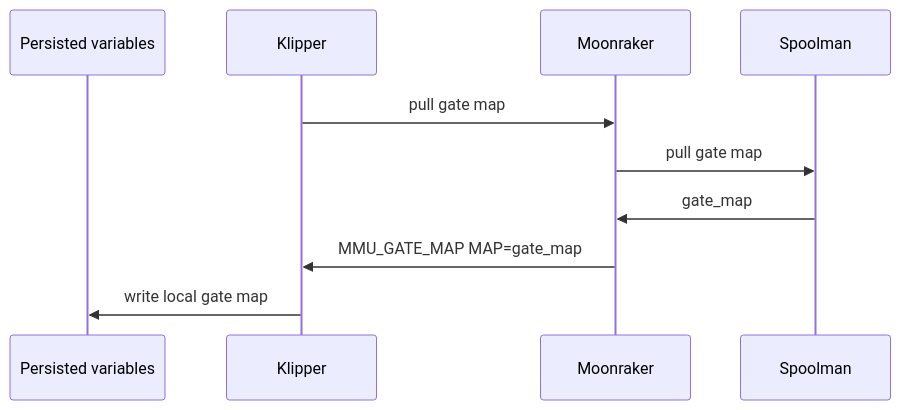
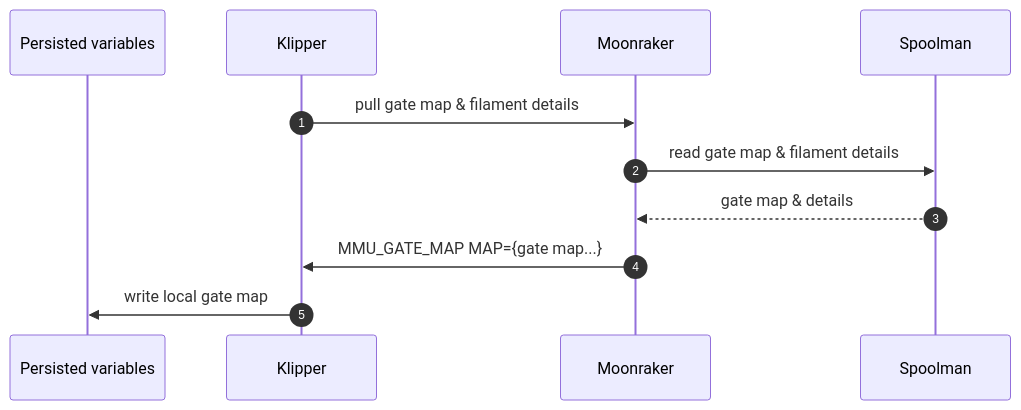
One commit to 3DCoded/Happy-Hare changed the fourth of 6 diagrams in Spoolman-Support.md. Above: the diagram before and after it, drawn with Mermaid. The commit also changed other lines of this file, not shown here.

Commit message:
updated sequence diagrams

````diff
--- a/Spoolman-Support.md
+++ b/Spoolman-Support.md
@@ -112,13 +138,14 @@
 ```mermaid
 sequenceDiagram
+    autonumber
     participant L as Persisted variables
     participant K as Klipper
     participant M as Moonraker
     participant S as Spoolman
 
-    K->>M: pull gate map
-    M->>S: pull gate map
-    S->>M: gate_map
-    M->>K: MMU_GATE_MAP MAP=gate_map
+    K->>M: pull gate map & filament details
+    M->>S: read gate map & filament details
+    S-->>M: gate map & details
+    M->>K: MMU_GATE_MAP MAP={gate map...}
     K->>L: write local gate map
 ```
````
